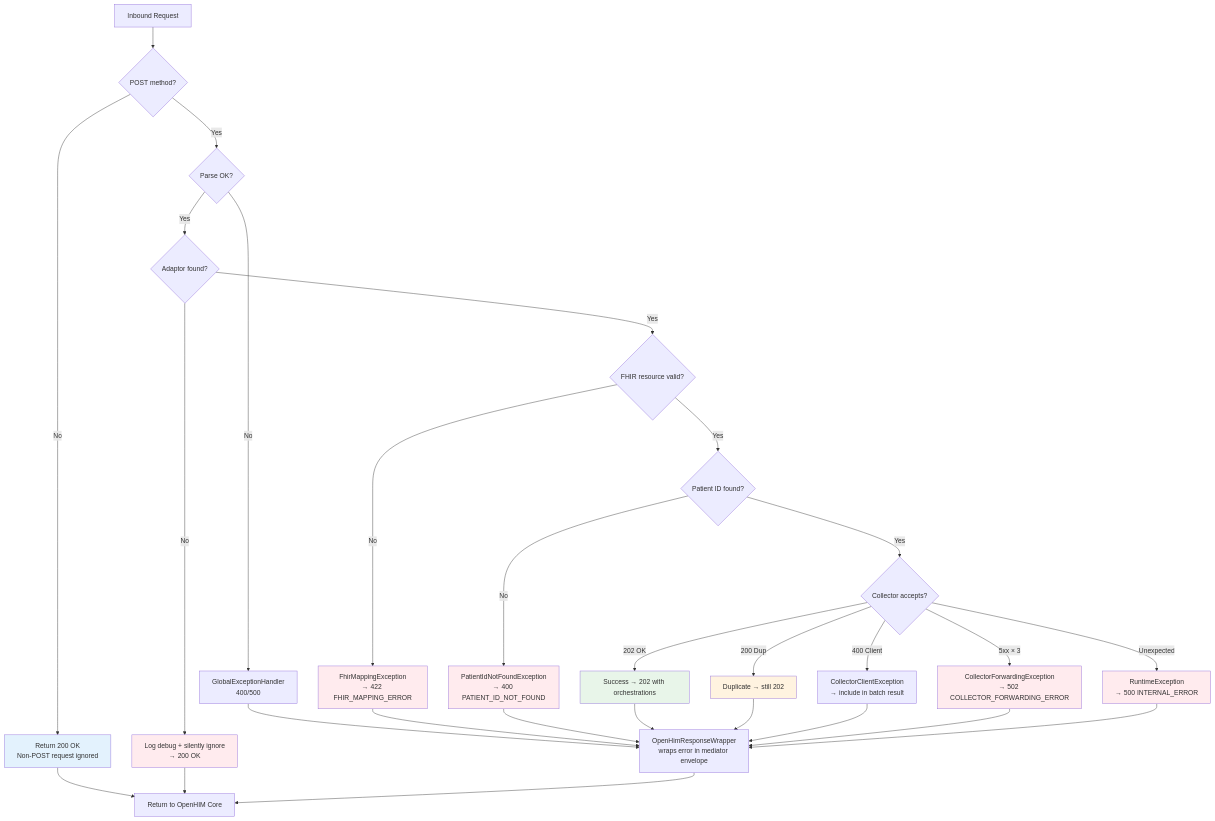
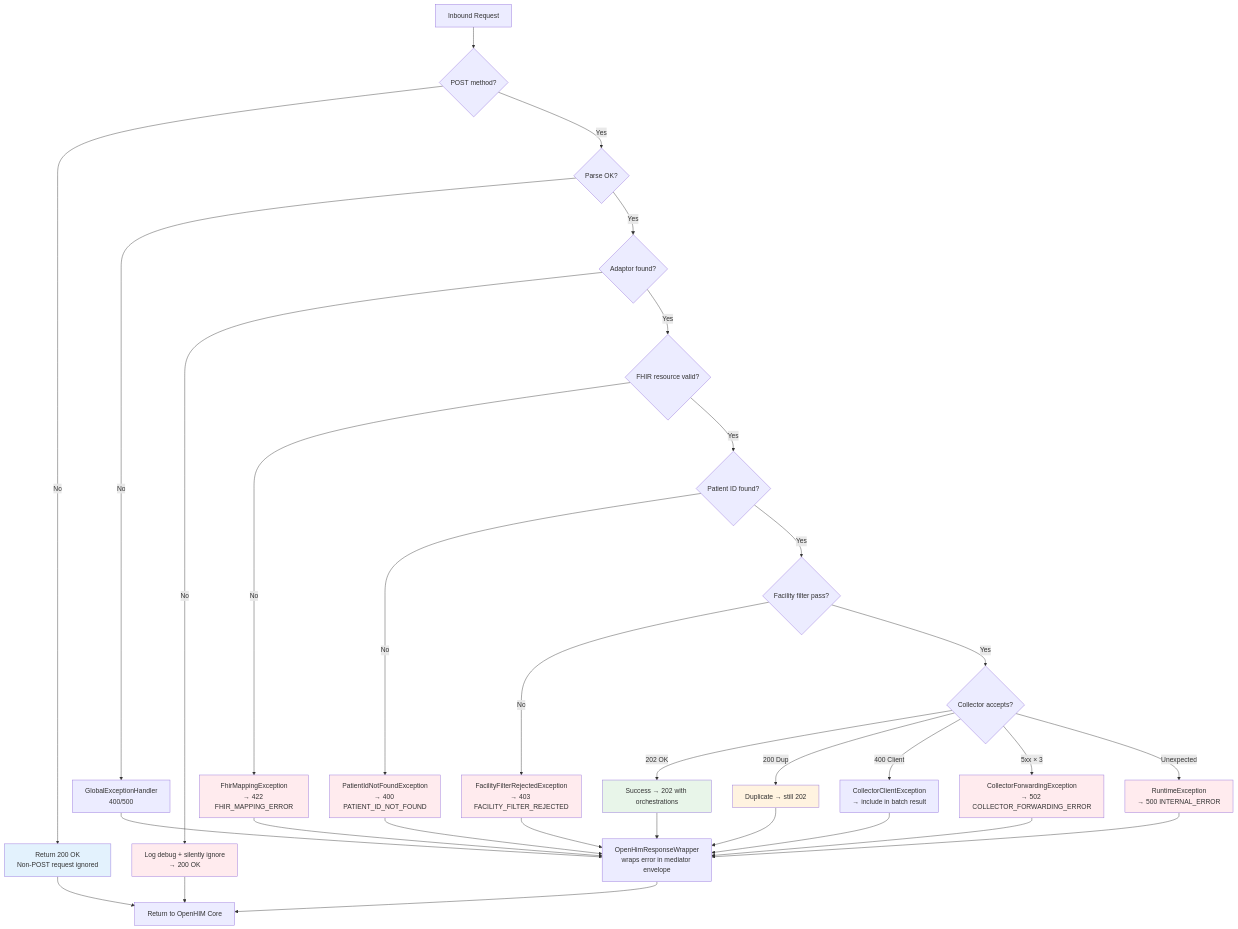
Before and after one commit to Jayaprakash8887/openhim-cce-emitter-adaptor: the sixth of 8 diagrams in docs/flow-diagrams.md, drawn with Mermaid. The commit also changed other lines of this file and 21 other files, not shown here.

First line of the commit message:
Feat: add configurable facility allowlist filter

````diff
--- a/docs/flow-diagrams.md
+++ b/docs/flow-diagrams.md
@@ -206,47 +209,52 @@
 ```mermaid
 flowchart TD
     A[Inbound Request] --> AA{POST method?}
 
     AA -->|No| AB[Return 200 OK<br/>Non-POST request ignored]
     AA -->|Yes| B{Parse OK?}
 
     B -->|No| C[GlobalExceptionHandler<br/>400/500]
     B -->|Yes| D{Adaptor found?}
 
     D -->|No| E[Log debug + silently ignore<br/>→ 200 OK]
     D -->|Yes| F{FHIR resource valid?}
 
     F -->|No| G[FhirMappingException<br/>→ 422 FHIR_MAPPING_ERROR]
     F -->|Yes| H{Patient ID found?}
 
     H -->|No| I[PatientIdNotFoundException<br/>→ 400 PATIENT_ID_NOT_FOUND]
-    H -->|Yes| J{Collector accepts?}
+    H -->|Yes| FF{Facility filter pass?}
+
+    FF -->|No| FE[FacilityFilterRejectedException<br/>→ 403 FACILITY_FILTER_REJECTED]
+    FF -->|Yes| J{Collector accepts?}
 
     J -->|202 OK| K[Success → 202 with orchestrations]
     J -->|200 Dup| L[Duplicate → still 202]
     J -->|400 Client| M[CollectorClientException<br/>→ include in batch result]
     J -->|5xx × 3| N[CollectorForwardingException<br/>→ 502 COLLECTOR_FORWARDING_ERROR]
     J -->|Unexpected| UE[RuntimeException<br/>→ 500 INTERNAL_ERROR]
 
     AB --> P
     C --> O[OpenHimResponseWrapper<br/>wraps error in mediator envelope]
     E --> P
+    FE --> O
     G --> O
     I --> O
     K --> O
     L --> O
     M --> O
     N --> O
     UE --> O
 
     O --> P[Return to OpenHIM Core]
 
     style K fill:#e8f5e9
     style L fill:#fff3e0
     style AB fill:#e3f2fd
     style E fill:#ffebee
+    style FE fill:#ffebee
     style G fill:#ffebee
     style I fill:#ffebee
     style N fill:#ffebee
     style UE fill:#ffebee
 ```
````
